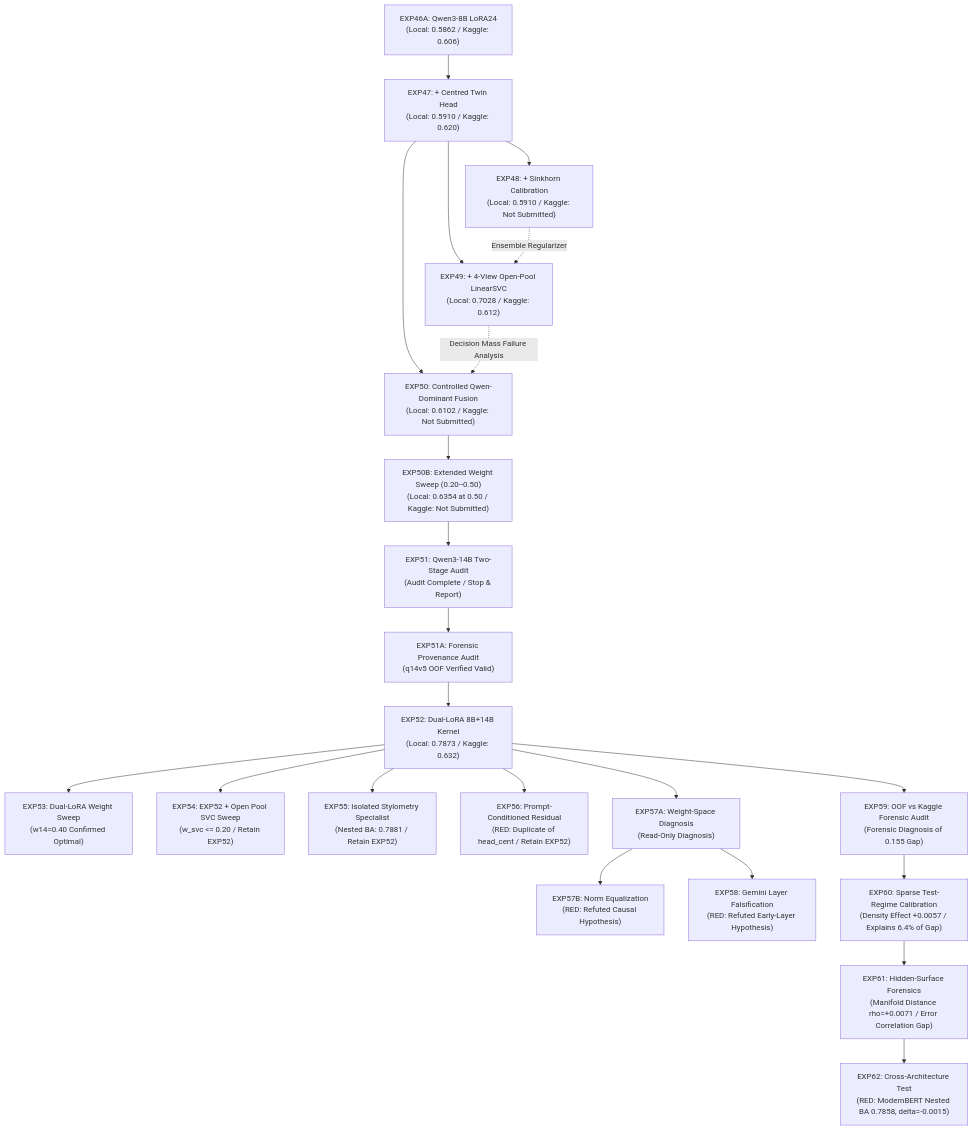
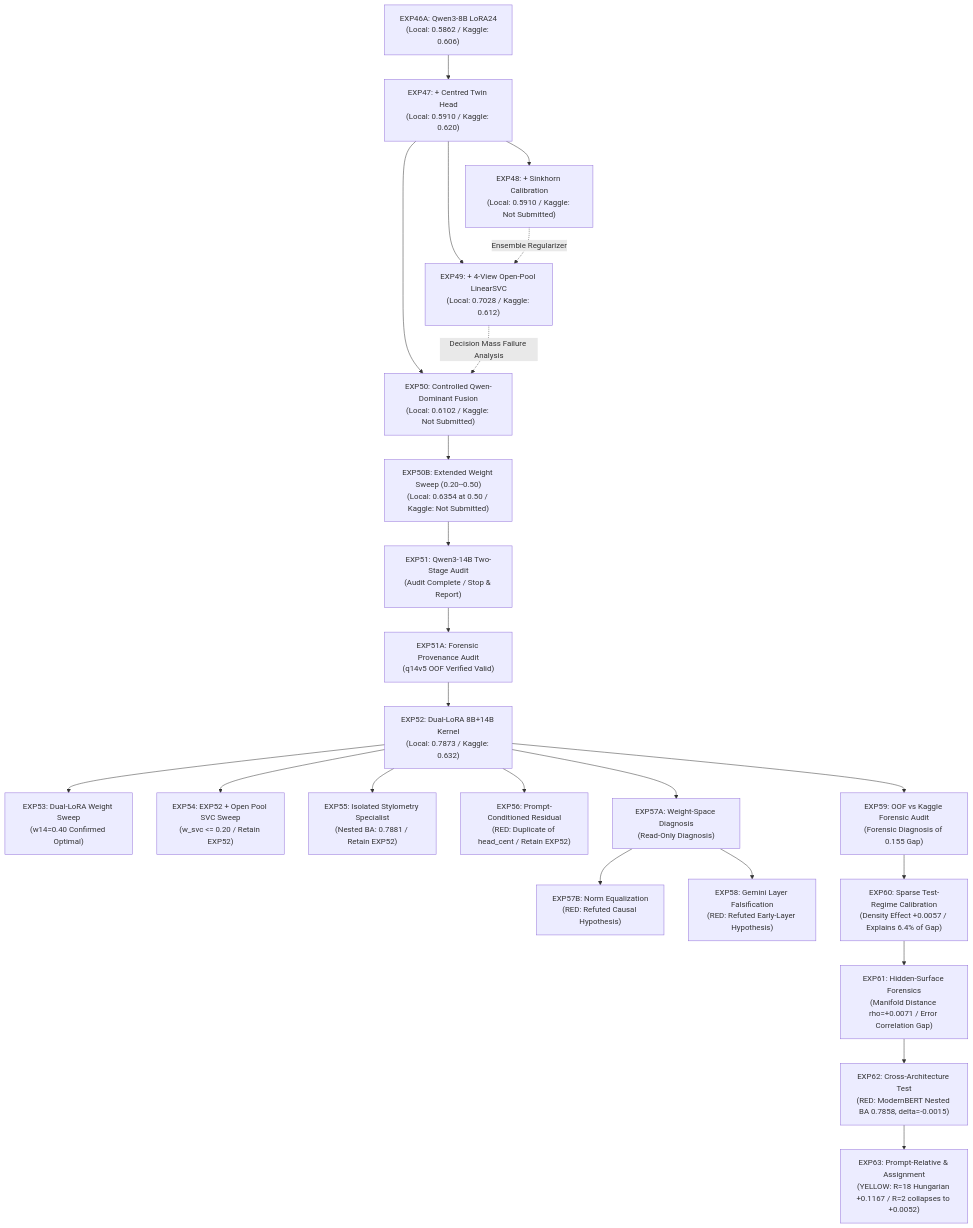
One commit to jbjoyk/name-the-llm changed the diagram in EXPERIMENT_INDEX.md. Above: the diagram before and after it, drawn with Mermaid. The commit also changed other lines of this file and 23 other files, not shown here.

Commit message:
exp63: test prompt-relative attribution and set assignment

````diff
--- a/EXPERIMENT_INDEX.md
+++ b/EXPERIMENT_INDEX.md
@@ -9,24 +9,25 @@
 ```mermaid
 flowchart TD
     EXP46A["EXP46A: Qwen3-8B LoRA24<br/>(Local: 0.5862 / Kaggle: 0.606)"] --> EXP47["EXP47: + Centred Twin Head<br/>(Local: 0.5910 / Kaggle: 0.620)"]
     EXP47 --> EXP48["EXP48: + Sinkhorn Calibration<br/>(Local: 0.5910 / Kaggle: Not Submitted)"]
     EXP47 --> EXP49["EXP49: + 4-View Open-Pool LinearSVC<br/>(Local: 0.7028 / Kaggle: 0.612)"]
     EXP48 -.->|"Ensemble Regularizer"| EXP49
     EXP47 --> EXP50["EXP50: Controlled Qwen-Dominant Fusion<br/>(Local: 0.6102 / Kaggle: Not Submitted)"]
     EXP49 -.->|"Decision Mass Failure Analysis"| EXP50
     EXP50 --> EXP50B["EXP50B: Extended Weight Sweep (0.20--0.50)<br/>(Local: 0.6354 at 0.50 / Kaggle: Not Submitted)"]
     EXP50B --> EXP51["EXP51: Qwen3-14B Two-Stage Audit<br/>(Audit Complete / Stop & Report)"]
     EXP51 --> EXP51A["EXP51A: Forensic Provenance Audit<br/>(q14v5 OOF Verified Valid)"]
     EXP51A --> EXP52["EXP52: Dual-LoRA 8B+14B Kernel<br/>(Local: 0.7873 / Kaggle: 0.632)"]
     EXP52 --> EXP53["EXP53: Dual-LoRA Weight Sweep<br/>(w14=0.40 Confirmed Optimal)"]
     EXP52 --> EXP54["EXP54: EXP52 + Open Pool SVC Sweep<br/>(w_svc <= 0.20 / Retain EXP52)"]
     EXP52 --> EXP55["EXP55: Isolated Stylometry Specialist<br/>(Nested BA: 0.7881 / Retain EXP52)"]
     EXP52 --> EXP56["EXP56: Prompt-Conditioned Residual<br/>(RED: Duplicate of head_cent / Retain EXP52)"]
     EXP52 --> EXP57A["EXP57A: Weight-Space Diagnosis<br/>(Read-Only Diagnosis)"]
     EXP57A --> EXP57B["EXP57B: Norm Equalization<br/>(RED: Refuted Causal Hypothesis)"]
     EXP57A --> EXP58["EXP58: Gemini Layer Falsification<br/>(RED: Refuted Early-Layer Hypothesis)"]
     EXP52 --> EXP59["EXP59: OOF vs Kaggle Forensic Audit<br/>(Forensic Diagnosis of 0.155 Gap)"]
     EXP59 --> EXP60["EXP60: Sparse Test-Regime Calibration<br/>(Density Effect +0.0057 / Explains 6.4% of Gap)"]
     EXP60 --> EXP61["EXP61: Hidden-Surface Forensics<br/>(Manifold Distance rho=+0.0071 / Error Correlation Gap)"]
     EXP61 --> EXP62["EXP62: Cross-Architecture Test<br/>(RED: ModernBERT Nested BA 0.7858, delta=-0.0015)"]
+    EXP62 --> EXP63["EXP63: Prompt-Relative & Assignment<br/>(YELLOW: R=18 Hungarian +0.1167 / R=2 collapses to +0.0052)"]
 ```
````
